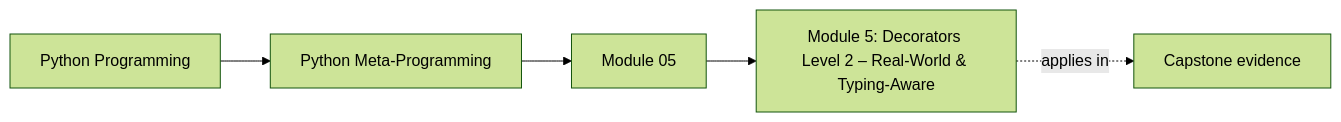
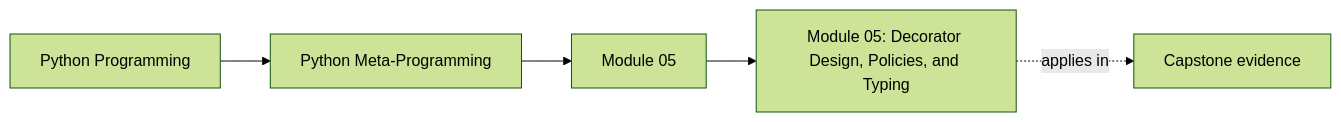
Before and after one commit to bijux/bijux-masterclass: the first of 3 diagrams in programs/python-programming/python-meta-programming/course-book/module-05-decorator-design-and-typing/index.md, drawn with Mermaid (forest theme). The commit also changed other lines of this file and 11 other files, not shown here.

````diff
--- a/programs/python-programming/python-meta-programming/course-book/module-05-decorator-design-and-typing/index.md
+++ b/programs/python-programming/python-meta-programming/course-book/module-05-decorator-design-and-typing/index.md
@@ -8,11 +8,11 @@
 ```mermaid
 graph LR
   family["Python Programming"]
   program["Python Meta-Programming"]
   section["Module 05"]
-  page["Module 5: Decorators Level 2 – Real-World & Typing-Aware"]
+  page["Module 05: Decorator Design, Policies, and Typing"]
   capstone["Capstone evidence"]
 
   family --> program --> section --> page
   page -.applies in.-> capstone
 ```
````
